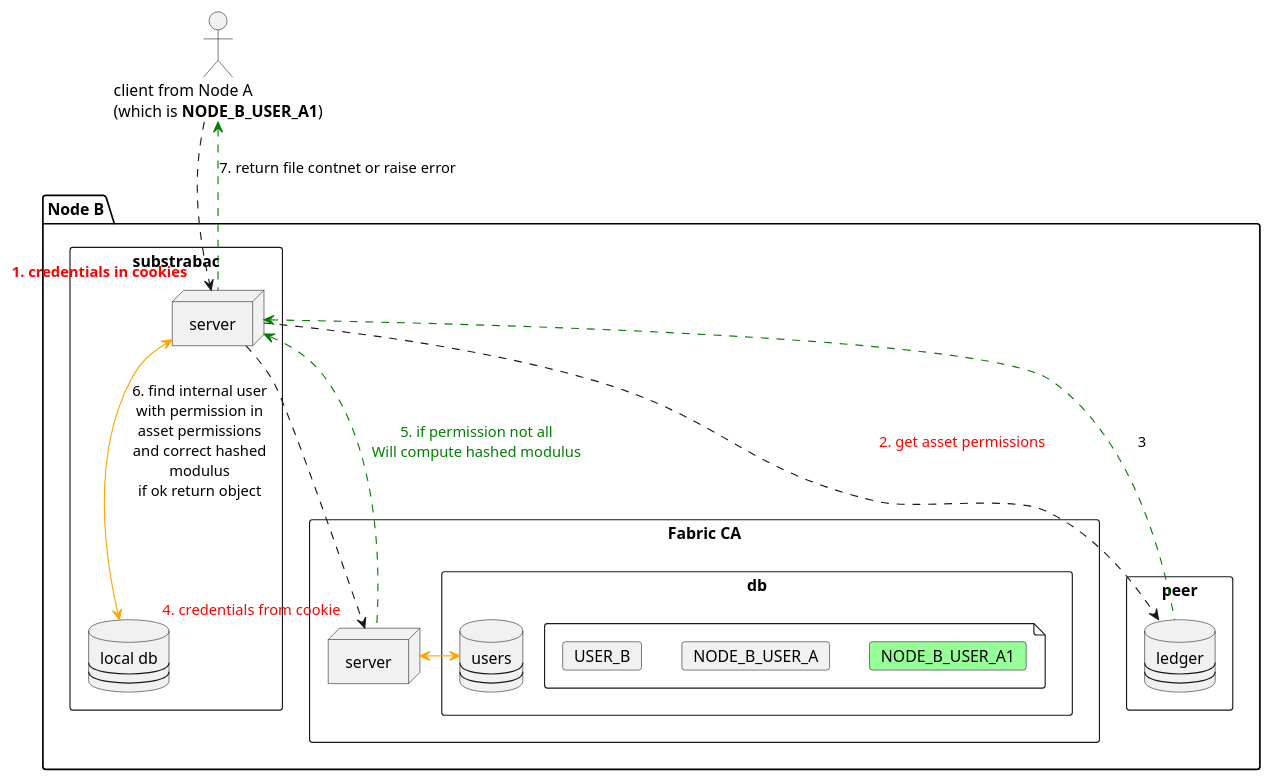
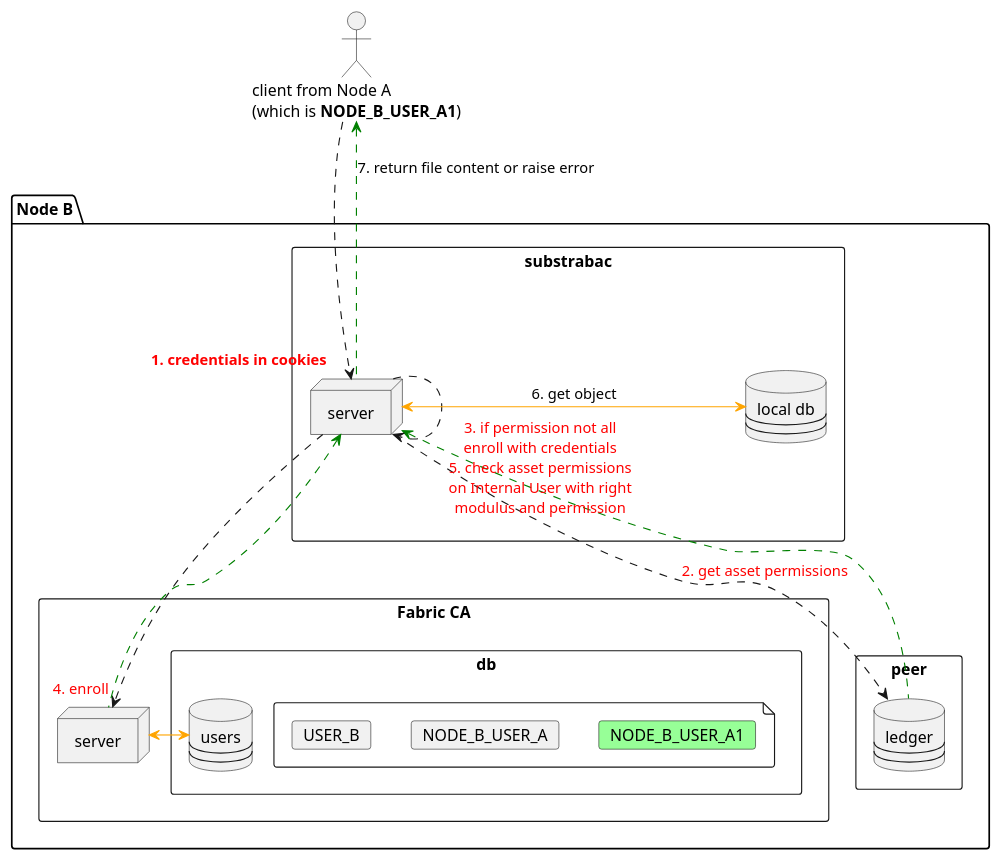
The diagram in doc/download/download.puml (Substra/hlf-k8s), drawn with PlantUML before and after one commit. The commit also changed 6 other files, not shown here.

```diff
--- a/doc/download/download.puml
+++ b/doc/download/download.puml
@@ -1,61 +1,63 @@
 @startuml
 
 skinparam shadowing false
 
 
 package "Node B" as nodeB {
    rectangle "peer" as peerB {
     database ledgerB [
       ledger
       ----
       ----
     ]
   }
   rectangle "substrabac" as substrabacB {
     database localdbB [
       local db
       ----
       ----
     ]
     node server as djangoB
   }
   rectangle "Fabric CA" as fcaB {
     rectangle db as fcadbB {
         database usersB [
             users
             ----
             ----
         ]
         file {
             card USER_B
             card NODE_B_USER_A
             card NODE_B_USER_A1 #PHYSICAL
         }
     }
     node server as fcaserverB
   }
 }
 
 actor "client from Node A\n(which is <b>NODE_B_USER_A1</b>)" as client
 
 USER_B -[hidden]r- NODE_B_USER_A
 NODE_B_USER_A -[hidden]r- NODE_B_USER_A1
 
 fcaserverB <-[#orange]> usersB
 
 client .> djangoB: " " "<font color=red><b>1. credentials in cookies</b></font>"
 
 djangoB .> ledgerB: <font color=red>2. get asset permissions</font>
-djangoB <.[#green]. ledgerB: 3
+djangoB <.[#green]. ledgerB
 
-djangoB .> fcaserverB: " " "<font color=red>4. credentials from cookie</font>"
-djangoB <.[#green]. fcaserverB: <font color=green>5. if permission not all</font>\n<font color=green>Will compute hashed modulus</font>
+djangoB .> fcaserverB: " " "<font color=red>4. enroll</font>"
+djangoB <.[#green]. fcaserverB
 
-djangoB <--[#orange]> localdbB: 6. find internal user\nwith permission in\nasset permissions\nand correct hashed\nmodulus\nif ok return object
+djangoB .> djangoB: \n\n\n\n\n\n<font color="red">3. if permission not all</font>\n<font color="red">enroll with credentials</font>\n<font color="red">5. check asset permissions</font>\n<font color="red">on Internal User with right</font>\n<font color="red">modulus and permission</font>
 
-client <.[#green]. djangoB: 7. return file contnet or raise error
+djangoB <-[#orange]> localdbB: 6. get object
+
+client <.[#green]. djangoB: 7. return file content or raise error
 
 
 
 
 @enduml
```
